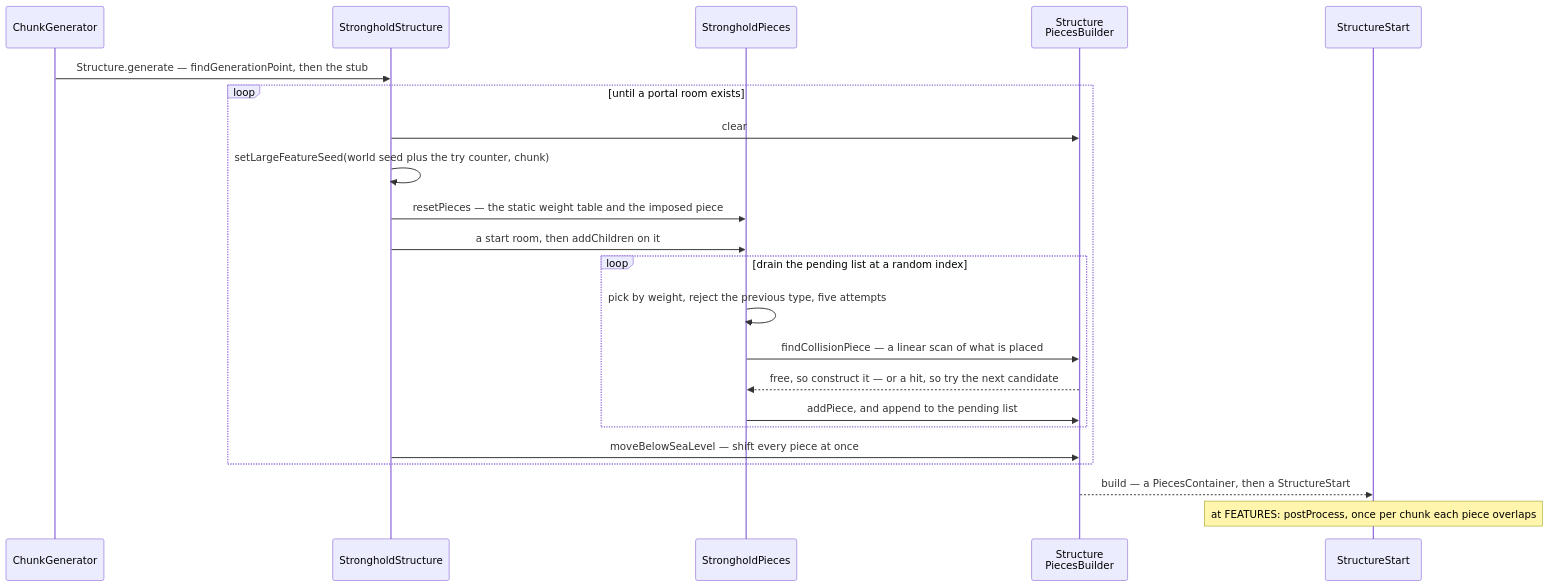
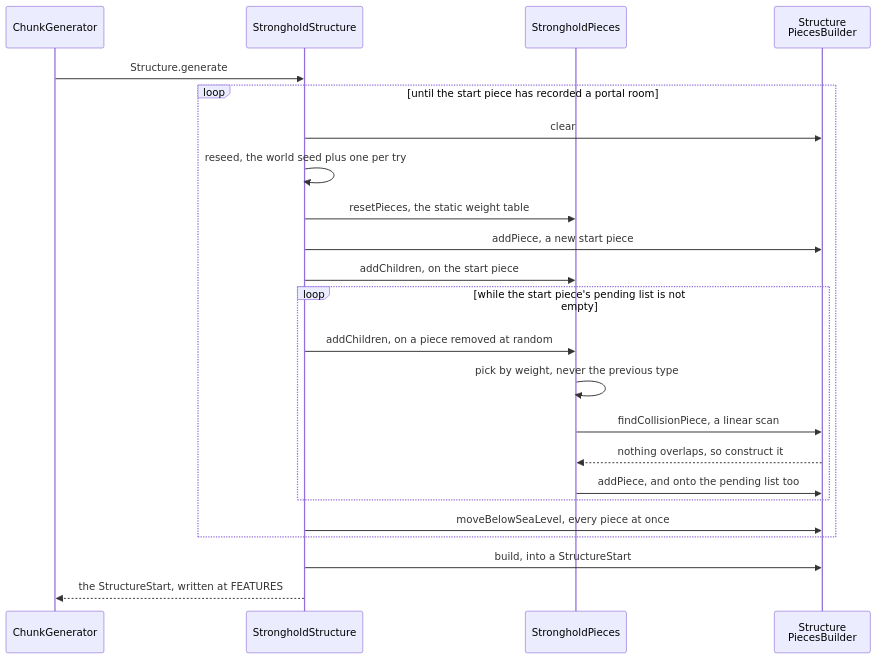
The diagram in src/systems/worldgen/hand-built-structures.md (AlexanderjFraser/MinecraftDocs), drawn with Mermaid before and after one commit. The commit also changed other lines of this file and 16 other files, not shown here.

First line of the commit message:
pass 7, session L — Part XII: a figure that contradicted its page's own hook, twice, and the caller's method at the callee in a tenth part of ten

````diff
--- a/src/systems/worldgen/hand-built-structures.md
+++ b/src/systems/worldgen/hand-built-structures.md
@@ -110,25 +110,26 @@
 ```mermaid
 sequenceDiagram
     participant ChunkG as ChunkGenerator
     participant SStr as StrongholdStructure
     participant SPie as StrongholdPieces
     participant SPB as Structure<br/>PiecesBuilder
-    participant SStart as StructureStart
 
-    ChunkG->>SStr: Structure.generate — findGenerationPoint, then the stub
-    loop until a portal room exists
+    ChunkG->>SStr: Structure.generate
+    loop until the start piece has recorded a portal room
         SStr->>SPB: clear
-        SStr->>SStr: setLargeFeatureSeed(world seed plus the try counter, chunk)
-        SStr->>SPie: resetPieces — the static weight table and the imposed piece
-        SStr->>SPie: a start room, then addChildren on it
-        loop drain the pending list at a random index
-            SPie->>SPie: pick by weight, reject the previous type, five attempts
-            SPie->>SPB: findCollisionPiece — a linear scan of what is placed
-            SPB-->>SPie: free, so construct it — or a hit, so try the next candidate
-            SPie->>SPB: addPiece, and append to the pending list
+        SStr->>SStr: reseed, the world seed plus one per try
+        SStr->>SPie: resetPieces, the static weight table
+        SStr->>SPB: addPiece, a new start piece
+        SStr->>SPie: addChildren, on the start piece
+        loop while the start piece's pending list is not empty
+            SStr->>SPie: addChildren, on a piece removed at random
+            SPie->>SPie: pick by weight, never the previous type
+            SPie->>SPB: findCollisionPiece, a linear scan
+            SPB-->>SPie: nothing overlaps, so construct it
+            SPie->>SPB: addPiece, and onto the pending list too
         end
-        SStr->>SPB: moveBelowSeaLevel — shift every piece at once
+        SStr->>SPB: moveBelowSeaLevel, every piece at once
     end
-    SPB-->>SStart: build — a PiecesContainer, then a StructureStart
-    Note over SStart: at FEATURES: postProcess, once per chunk each piece overlaps
+    SStr->>SPB: build, into a StructureStart
+    SStr-->>ChunkG: the StructureStart, written at FEATURES
 ```
````
